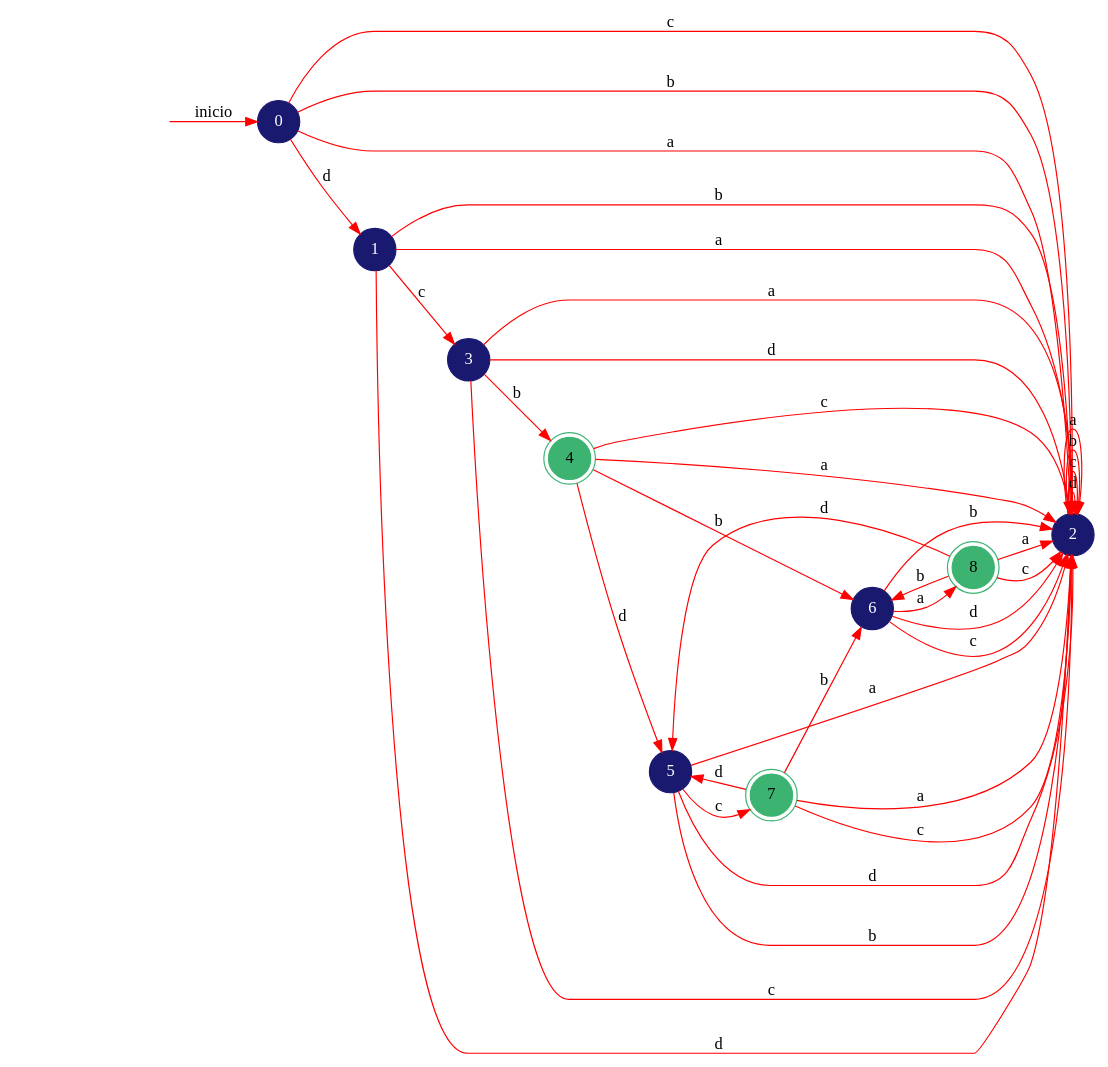
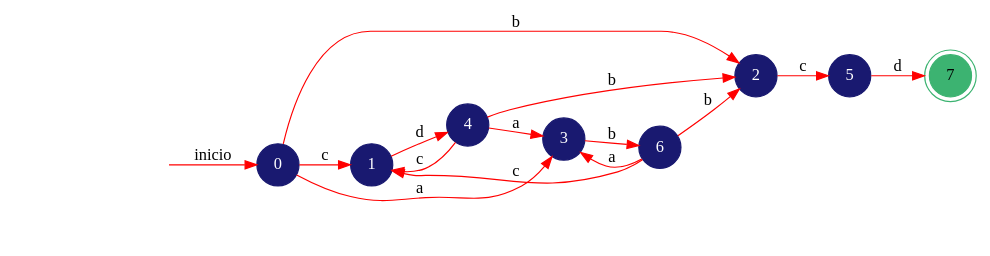
Before and after one commit to AhiezerRamirez/Compi1Proyecto1: the diagram in Compi1Proyecto1/AFD.dot, drawn with Graphviz. The commit also changed 9 other files, not shown here.

```diff
--- a/Compi1Proyecto1/AFD.dot
+++ b/Compi1Proyecto1/AFD.dot
@@ -1,45 +1,22 @@
 digraph AFD {
 	rankdir=LR;
-	node [shape=doublecircle, style = filled,color = mediumseagreen]; "4" "7" "8";
+	node [shape=doublecircle, style = filled,color = mediumseagreen]; "7";
 	node [shape=circle];
 	node [color=midnightblue,fontcolor=white];
 	edge [color=red];
 	secret_node [style=invis];
 	secret_node -> "0" [label="inicio"];
-	"0" -> "1" [label="d"];
-	"0" -> "2" [label="c"];
+	"0" -> "1" [label="c"];
 	"0" -> "2" [label="b"];
-	"0" -> "2" [label="a"];
-	"1" -> "2" [label="d"];
-	"1" -> "3" [label="c"];
-	"1" -> "2" [label="b"];
-	"1" -> "2" [label="a"];
-	"2" -> "2" [label="d"];
-	"2" -> "2" [label="c"];
-	"2" -> "2" [label="b"];
-	"2" -> "2" [label="a"];
-	"3" -> "2" [label="d"];
-	"3" -> "2" [label="c"];
-	"3" -> "4" [label="b"];
-	"3" -> "2" [label="a"];
-	"4" -> "5" [label="d"];
-	"4" -> "2" [label="c"];
-	"4" -> "6" [label="b"];
-	"4" -> "2" [label="a"];
-	"5" -> "2" [label="d"];
-	"5" -> "7" [label="c"];
-	"5" -> "2" [label="b"];
-	"5" -> "2" [label="a"];
-	"6" -> "2" [label="d"];
-	"6" -> "2" [label="c"];
+	"0" -> "3" [label="a"];
+	"1" -> "4" [label="d"];
+	"2" -> "5" [label="c"];
+	"3" -> "6" [label="b"];
+	"4" -> "1" [label="c"];
+	"4" -> "2" [label="b"];
+	"4" -> "3" [label="a"];
+	"5" -> "7" [label="d"];
+	"6" -> "1" [label="c"];
 	"6" -> "2" [label="b"];
-	"6" -> "8" [label="a"];
-	"7" -> "5" [label="d"];
-	"7" -> "2" [label="c"];
-	"7" -> "6" [label="b"];
-	"7" -> "2" [label="a"];
-	"8" -> "5" [label="d"];
-	"8" -> "2" [label="c"];
-	"8" -> "6" [label="b"];
-	"8" -> "2" [label="a"];
+	"6" -> "3" [label="a"];
 }
```
